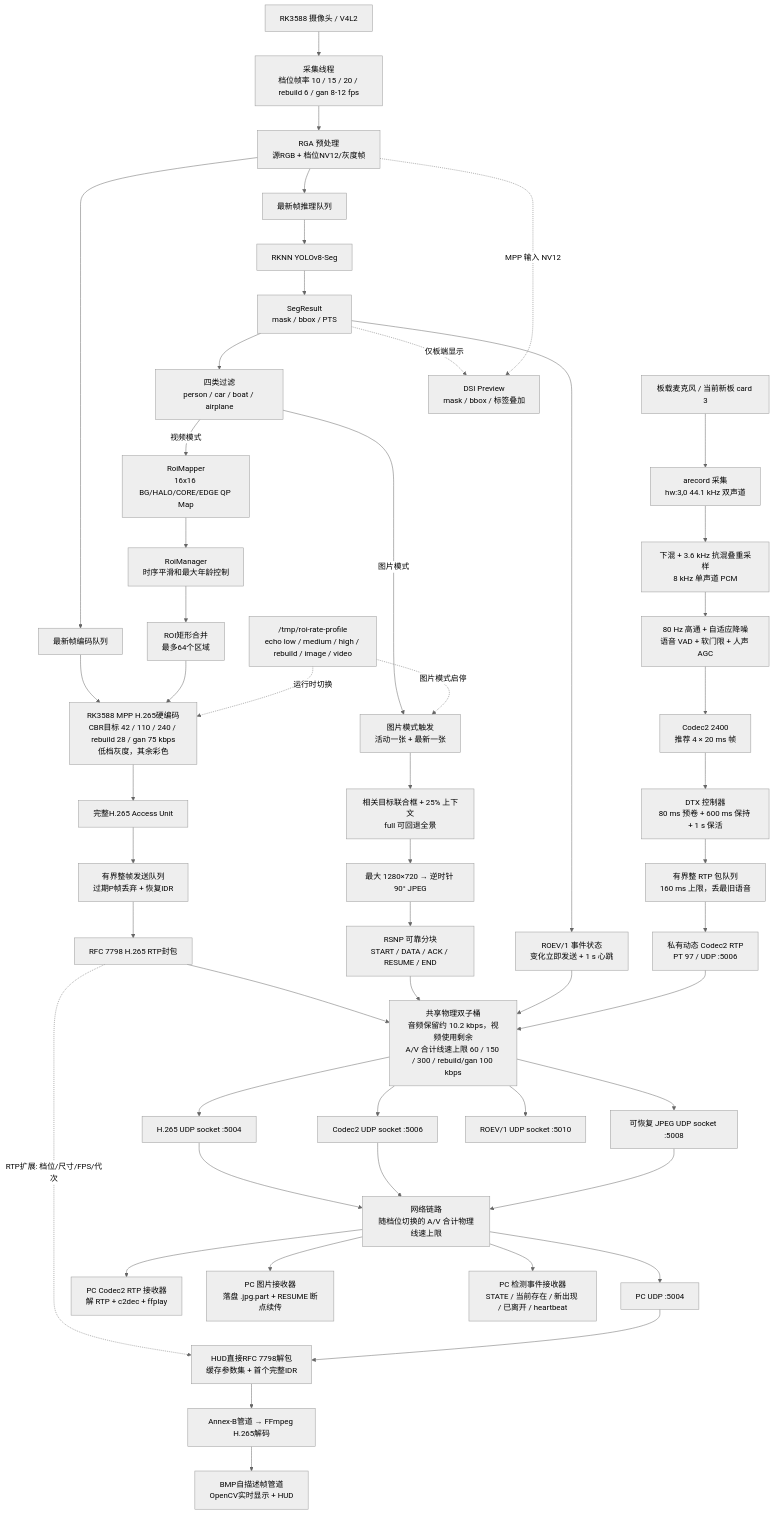
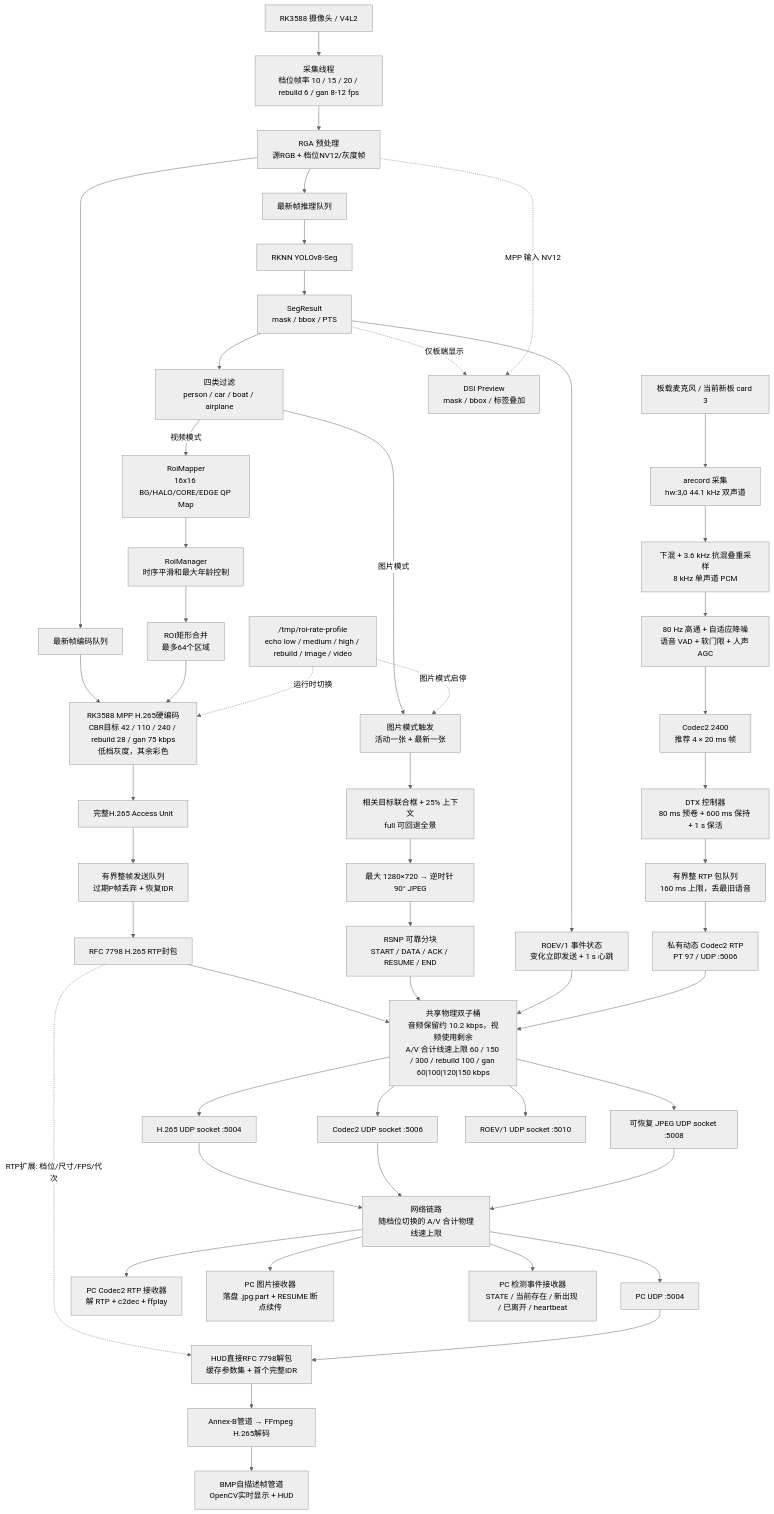
One commit to caisense/VideoCompressV2 changed the second of 2 diagrams in README.md. Above: the diagram before and after it, drawn with Mermaid (neutral theme). The commit also changed other lines of this file and 14 other files, not shown here.

````diff
--- a/README.md
+++ b/README.md
@@ -530,56 +564,56 @@
 ```mermaid
 flowchart TD
     CAM["RK3588 摄像头 / V4L2"] --> CAP["采集线程\n档位帧率 10 / 15 / 20 / rebuild 6 / gan 8-12 fps"]
     CAP --> RGA["RGA 预处理\n源RGB + 档位NV12/灰度帧"]
 
     RGA --> IQ["最新帧推理队列"]
     IQ --> NPU["RKNN YOLOv8-Seg"]
     NPU --> SEG["SegResult\nmask / bbox / PTS"]
     SEG --> FILTER["四类过滤\nperson / car / boat / airplane"]
     SEG --> EVENT["ROEV/1 事件状态\n变化立即发送 + 1 s 心跳"]
     FILTER -->|视频模式| MAP["RoiMapper\n16x16 BG/HALO/CORE/EDGE QP Map"]
     MAP --> TEMP["RoiManager\n时序平滑和最大年龄控制"]
     TEMP --> MERGE["ROI矩形合并\n最多64个区域"]
 
     RGA --> EQ["最新帧编码队列"]
     EQ --> MPP["RK3588 MPP H.265硬编码\nCBR目标 42 / 110 / 240 / rebuild 28 / gan 75 kbps\n低档灰度，其余彩色"]
     MERGE --> MPP
     MPP --> AU["完整H.265 Access Unit"]
     AU --> SENDQ["有界整帧发送队列\n过期P帧丢弃 + 恢复IDR"]
     SENDQ --> RTP["RFC 7798 H.265 RTP封包"]
     FILTER -->|图片模式| SNAPQ["图片模式触发\n活动一张 + 最新一张"]
     SNAPQ --> CROP["相关目标联合框 + 25% 上下文\nfull 可回退全景"]
     CROP --> JPEG["最大 1280×720 → 逆时针 90° JPEG"]
     JPEG --> SREL["RSNP 可靠分块\nSTART / DATA / ACK / RESUME / END"]
-    RTP --> PACER["共享物理双子桶\n音频保留约 10.2 kbps，视频使用剩余\nA/V 合计线速上限 60 / 150 / 300 / rebuild/gan 100 kbps"]
+    RTP --> PACER["共享物理双子桶\n音频保留约 10.2 kbps，视频使用剩余\nA/V 合计线速上限 60 / 150 / 300 / rebuild 100 / gan 60|100|120|150 kbps"]
     SREL --> PACER
     EVENT --> PACER
     MIC["板载麦克风 / 当前新板 card 3"] --> ARECORD["arecord 采集\nhw:3,0 44.1 kHz 双声道"]
     ARECORD --> PCM["下混 + 3.6 kHz 抗混叠重采样\n8 kHz 单声道 PCM"]
     PCM --> ADSP["80 Hz 高通 + 自适应降噪\n语音 VAD + 软门限 + 人声 AGC"]
     ADSP --> C2["Codec2 2400\n推荐 4 × 20 ms 帧"]
     C2 --> DTX["DTX 控制器\n80 ms 预卷 + 600 ms 保持 + 1 s 保活"]
     DTX --> AQ["有界整 RTP 包队列\n160 ms 上限，丢最旧语音"]
     AQ --> ARTP["私有动态 Codec2 RTP\nPT 97 / UDP :5006"]
     ARTP --> PACER
     CTRL["/tmp/roi-rate-profile\necho low / medium / high / rebuild / image / video"] -. "运行时切换" .-> MPP
     CTRL -. "图片模式启停" .-> SNAPQ
     RTP -. "RTP扩展: 档位/尺寸/FPS/代次" .-> PROXY
     PACER --> UDP["H.265 UDP socket :5004"]
     PACER --> AUDP["Codec2 UDP socket :5006"]
     PACER --> SUDP["可恢复 JPEG UDP socket :5008"]
     PACER --> EUDP["ROEV/1 UDP socket :5010"]
     UDP --> NET["网络链路\n随档位切换的 A/V 合计物理线速上限"]
     AUDP --> NET
     SUDP --> NET
     NET --> PCRX["PC UDP :5004"]
     PCRX --> PROXY["HUD直接RFC 7798解包\n缓存参数集 + 首个完整IDR"]
     PROXY --> DEC["Annex-B管道 → FFmpeg H.265解码"]
     DEC --> HUD["BMP自描述帧管道\nOpenCV实时显示 + HUD"]
     NET --> ARX["PC Codec2 RTP 接收器\n解 RTP + c2dec + ffplay"]
     NET --> SRX["PC 图片接收器\n落盘 .jpg.part + RESUME 断点续传"]
     NET --> ERX["PC 检测事件接收器\nSTATE / 当前存在 / 新出现 / 已离开 / heartbeat"]
 
     SEG -. "仅板端显示" .-> PREVIEW["DSI Preview\nmask / bbox / 标签叠加"]
     RGA -. "MPP 输入 NV12" .-> PREVIEW
 ```
````
